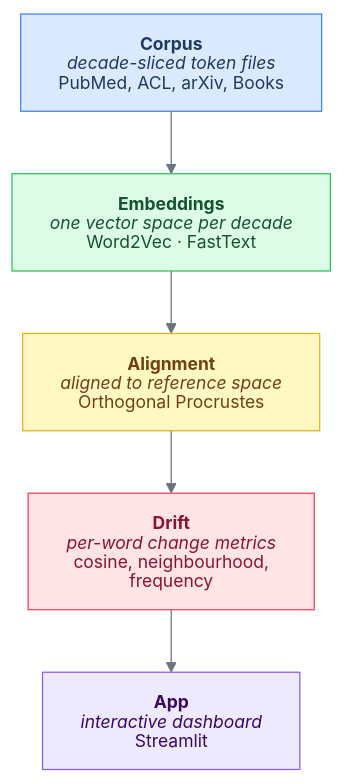
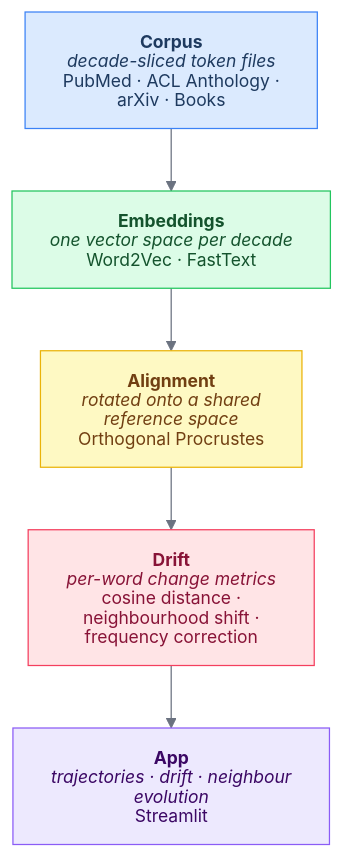
Before and after one commit to Dovalization/interpretant: the diagram in README.md, drawn with Mermaid.

Commit message:
docs(readme): move markdownAutoWrap to top-level init config

````diff
--- a/README.md
+++ b/README.md
@@ -46,31 +46,31 @@
 ```mermaid
-%%{init: {'theme': 'base', 'htmlLabels': false, 'themeVariables': {'fontSize': '14px', 'lineColor': '#6b7280'}}}%%
+%%{init: {'theme': 'base', 'htmlLabels': false, 'markdownAutoWrap': false, 'themeVariables': {'fontSize': '14px', 'lineColor': '#6b7280'}}}%%
 flowchart TD
     classDef corpus fill:#dbeafe,stroke:#3b82f6,color:#1e3a5f
     classDef embed  fill:#dcfce7,stroke:#22c55e,color:#14532d
     classDef align  fill:#fef9c3,stroke:#eab308,color:#713f12
     classDef drift  fill:#ffe4e6,stroke:#f43f5e,color:#881337
     classDef app    fill:#ede9fe,stroke:#8b5cf6,color:#3b0764
 
     C["`**Corpus**
     *decade-sliced token files*
-    PubMed, ACL, arXiv, Books`"]:::corpus
+    PubMed · ACL Anthology · arXiv · Books`"]:::corpus
 
     E["`**Embeddings**
     *one vector space per decade*
     Word2Vec · FastText`"]:::embed
 
     A["`**Alignment**
-    *aligned to reference space*
+    *rotated onto a shared reference space*
     Orthogonal Procrustes`"]:::align
 
     D["`**Drift**
     *per-word change metrics*
-    cosine, neighbourhood, frequency`"]:::drift
+    cosine distance · neighbourhood shift · frequency correction`"]:::drift
 
     P["`**App**
-    *interactive dashboard*
+    *trajectories · drift · neighbour evolution*
     Streamlit`"]:::app
 
     C --> E --> A --> D --> P
 ```
````
